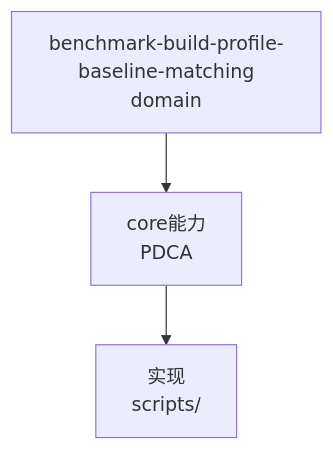
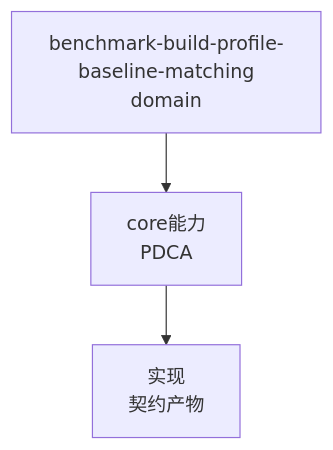
The diagram in ontology/domain/core/benchmark-build-profile-baseline-matching.md (MyBlackHole/pdca-workflow), drawn with Mermaid before and after one commit. The commit also changed other lines of this file and 8256 other files, not shown here.

````diff
--- a/ontology/domain/core/benchmark-build-profile-baseline-matching.md
+++ b/ontology/domain/core/benchmark-build-profile-baseline-matching.md
@@ -65,6 +77,6 @@
 ```mermaid
 graph TD
     A[benchmark-build-profile-baseline-matching<br/>domain] --> B[core能力<br/>PDCA]
-    B --> C[实现<br/>scripts/]
-    %% Source: ontology/domain/benchmark-build-profile-baseline-matching.md:1 + ontology/concept/ontology-fidelity-criterion.md:1
+    B --> C[实现<br/>契约产物]
+    %% Source: ontology/domain/core/benchmark-build-profile-baseline-matching.md:1 + ontology/concept/ontology-fidelity-criterion.md:1
 ```
````
